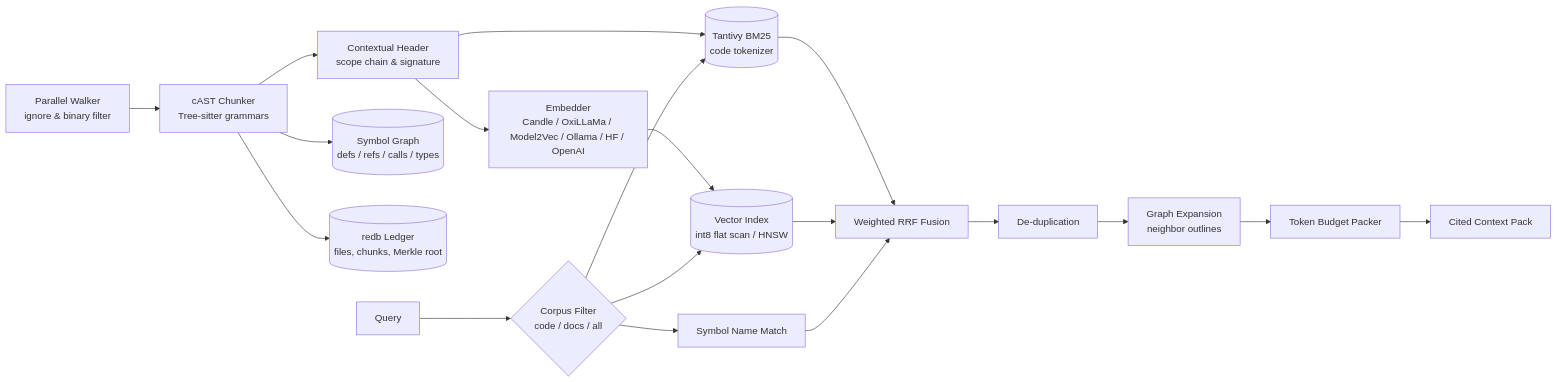
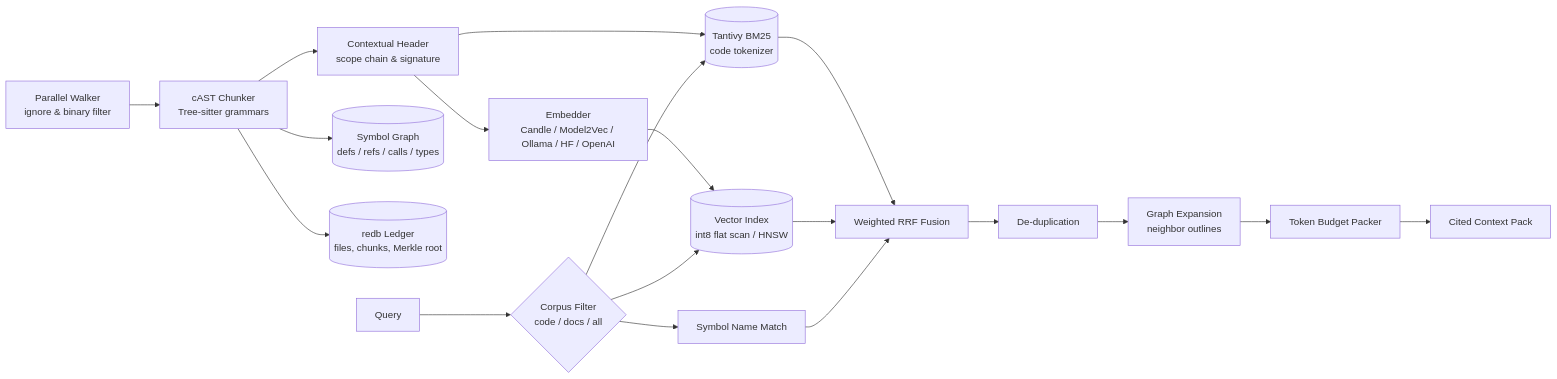
Before and after one commit to yasuomaidana/dendrite-rag-rs: the diagram in README.md, drawn with Mermaid. The commit also changed other lines of this file and 30 other files, not shown here.

First line of the commit message:
[DRAG-129] Remove oxillama embedder backend (BUSL relicense); candle covers it (#8)

````diff
--- a/README.md
+++ b/README.md
@@ -47,18 +47,18 @@
 ```mermaid
 flowchart LR
     W[Parallel Walker<br/>ignore & binary filter] --> C[cAST Chunker<br/>Tree-sitter grammars]
     C --> H[Contextual Header<br/>scope chain & signature]
     H --> L[(Tantivy BM25<br/>code tokenizer)]
-    H --> E[Embedder<br/>Candle / OxiLLaMa / Model2Vec / Ollama / HF / OpenAI]
+    H --> E[Embedder<br/>Candle / Model2Vec / Ollama / HF / OpenAI]
     E --> V[(Vector Index<br/>int8 flat scan / HNSW)]
     C --> G[(Symbol Graph<br/>defs / refs / calls / types)]
     C --> R[(redb Ledger<br/>files, chunks, Merkle root)]
     
     Q[Query] --> K{Corpus Filter<br/>code / docs / all}
     K --> L & V & S[Symbol Name Match]
     L & V & S --> F[Weighted RRF Fusion]
     F --> D[De-duplication]
     D --> X[Graph Expansion<br/>neighbor outlines]
     X --> P[Token Budget Packer]
     P --> OUT[Cited Context Pack]
 ```
````
